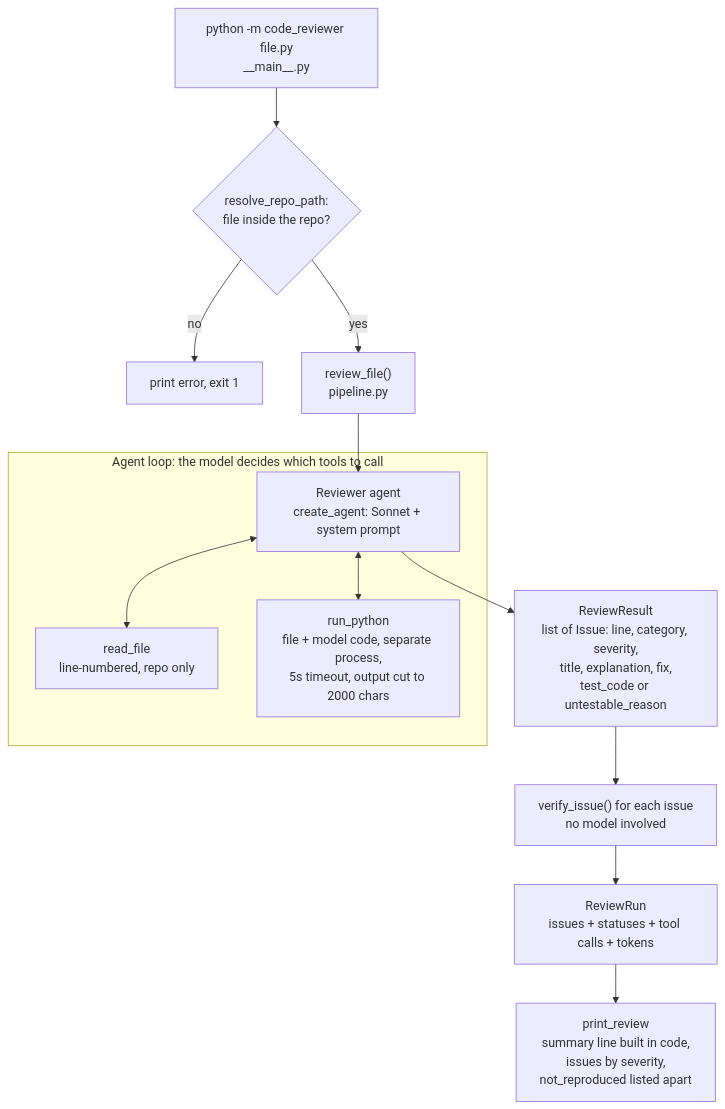
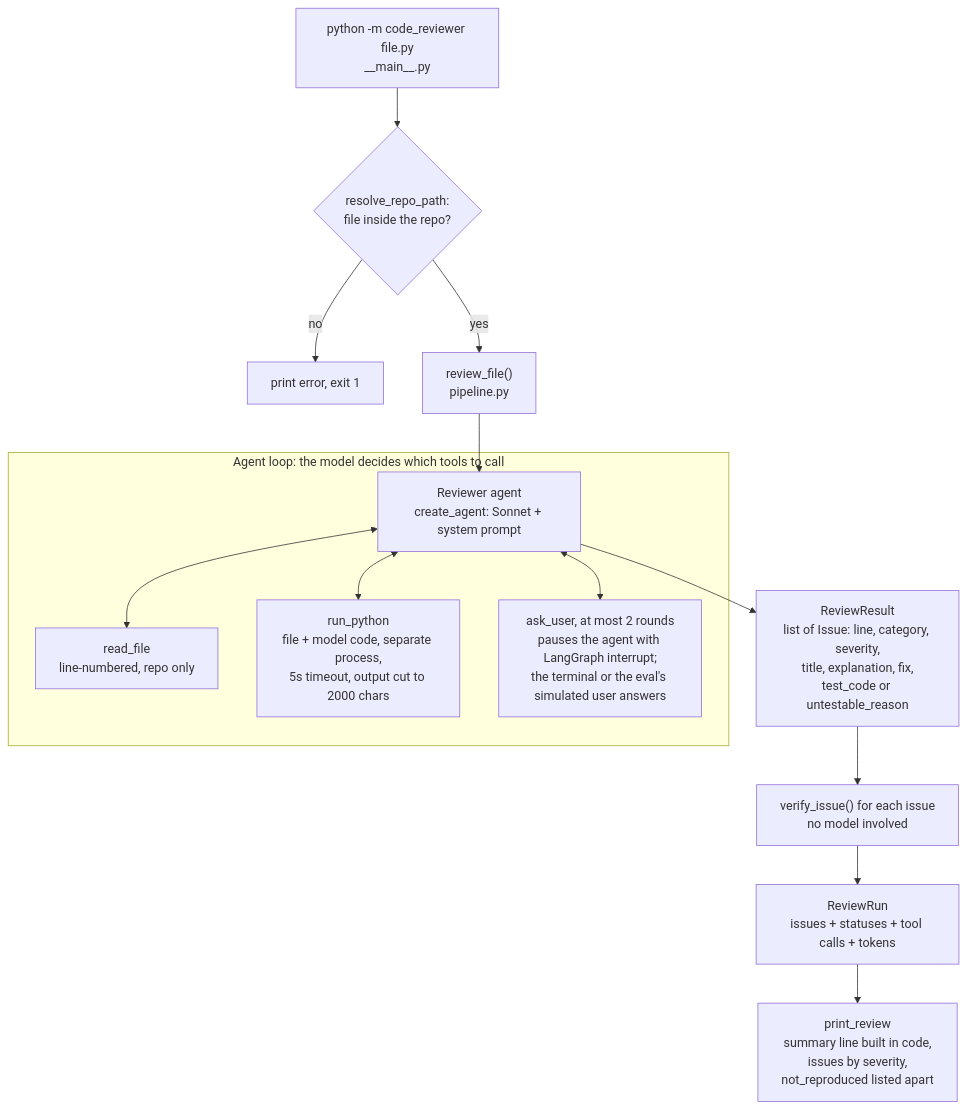
The first of 3 diagrams in docs/pipeline.md (Assaf368/code-reviewer), drawn with Mermaid before and after one commit. The commit also changed other lines of this file and 8 other files, not shown here.

First line of the commit message:
Answer the reviewer's questions with a simulated user in the eval

````diff
--- a/docs/pipeline.md
+++ b/docs/pipeline.md
@@ -7,18 +7,19 @@
 ```mermaid
 flowchart TD
     CLI["python -m code_reviewer file.py<br/>__main__.py"] --> CHECK{"resolve_repo_path:<br/>file inside the repo?"}
     CHECK -- no --> ERR["print error, exit 1"]
     CHECK -- yes --> RF["review_file()<br/>pipeline.py"]
 
     RF --> AGENT["Reviewer agent<br/>create_agent: Sonnet + system prompt"]
 
     subgraph LOOP["Agent loop: the model decides which tools to call"]
         AGENT <--> READ["read_file<br/>line-numbered, repo only"]
         AGENT <--> RUN["run_python<br/>file + model code, separate process,<br/>5s timeout, output cut to 2000 chars"]
+        AGENT <--> ASK["ask_user, at most 2 rounds<br/>pauses the agent with LangGraph interrupt;<br/>the terminal or the eval's simulated user answers"]
     end
 
     AGENT --> OUT["ReviewResult<br/>list of Issue: line, category, severity,<br/>title, explanation, fix,<br/>test_code or untestable_reason"]
     OUT --> VERIFY["verify_issue() for each issue<br/>no model involved"]
     VERIFY --> RR["ReviewRun<br/>issues + statuses + tool calls + tokens"]
     RR --> PRINT["print_review<br/>summary line built in code,<br/>issues by severity,<br/>not_reproduced listed apart"]
 ```
````
